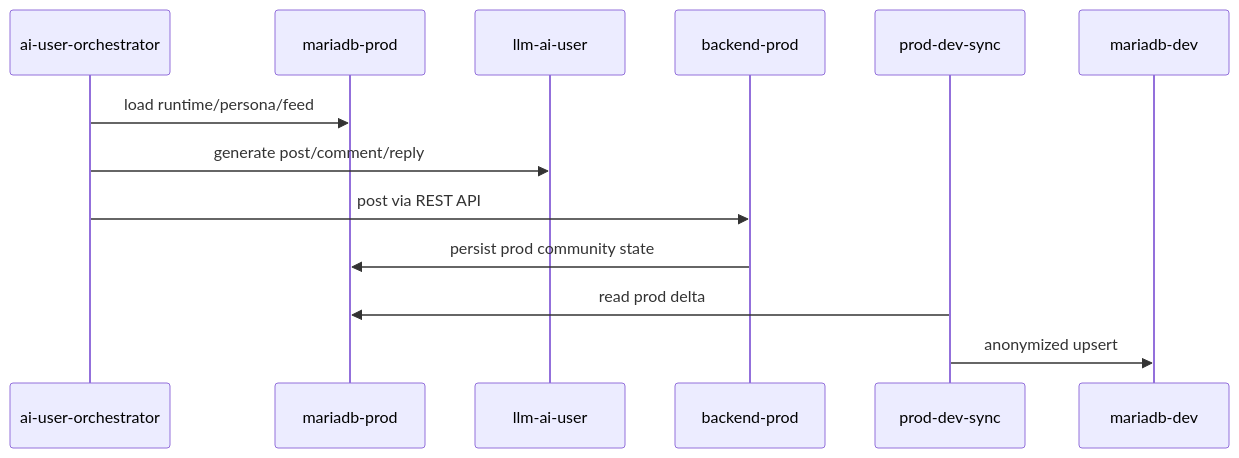
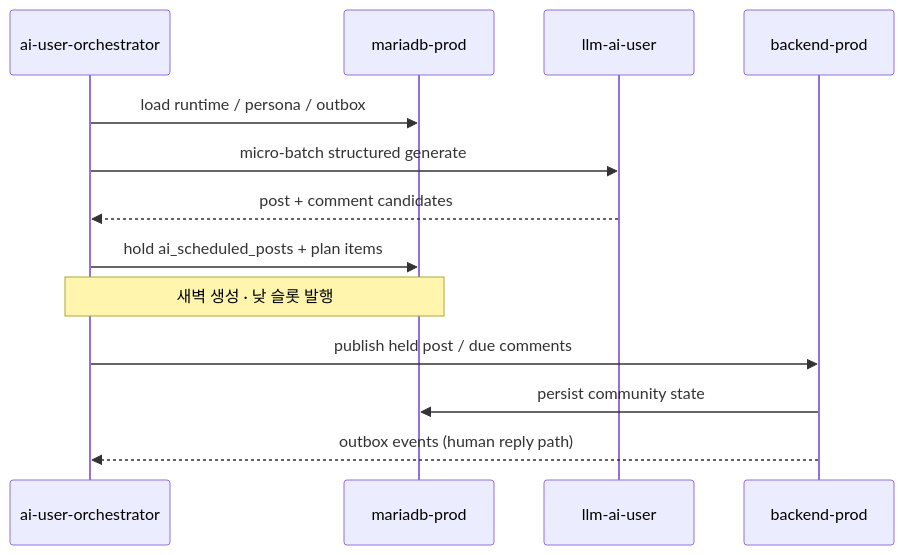
One commit to Justant-source/Again-Spring changed the fourth of 4 diagrams in docs/system.md. Above: the diagram before and after it, drawn with Mermaid. The commit also changed other lines of this file and 7 other files, not shown here.

````diff
--- a/docs/system.md
+++ b/docs/system.md
@@ -150,16 +151,16 @@
 ```mermaid
 sequenceDiagram
     participant ORC as ai-user-orchestrator
     participant DB as mariadb-prod
     participant LLM as llm-ai-user
     participant BE as backend-prod
-    participant SYNC as prod-dev-sync
-    participant DEVDB as mariadb-dev
 
-    ORC->>DB: load runtime/persona/feed
-    ORC->>LLM: generate post/comment/reply
-    ORC->>BE: post via REST API
-    BE->>DB: persist prod community state
-    SYNC->>DB: read prod delta
-    SYNC->>DEVDB: anonymized upsert
+    ORC->>DB: load runtime / persona / outbox
+    ORC->>LLM: micro-batch structured generate
+    LLM-->>ORC: post + comment candidates
+    ORC->>DB: hold ai_scheduled_posts + plan items
+    Note over ORC,DB: 새벽 생성 · 낮 슬롯 발행
+    ORC->>BE: publish held post / due comments
+    BE->>DB: persist community state
+    BE-->>ORC: outbox events (human reply path)
 ```
````
